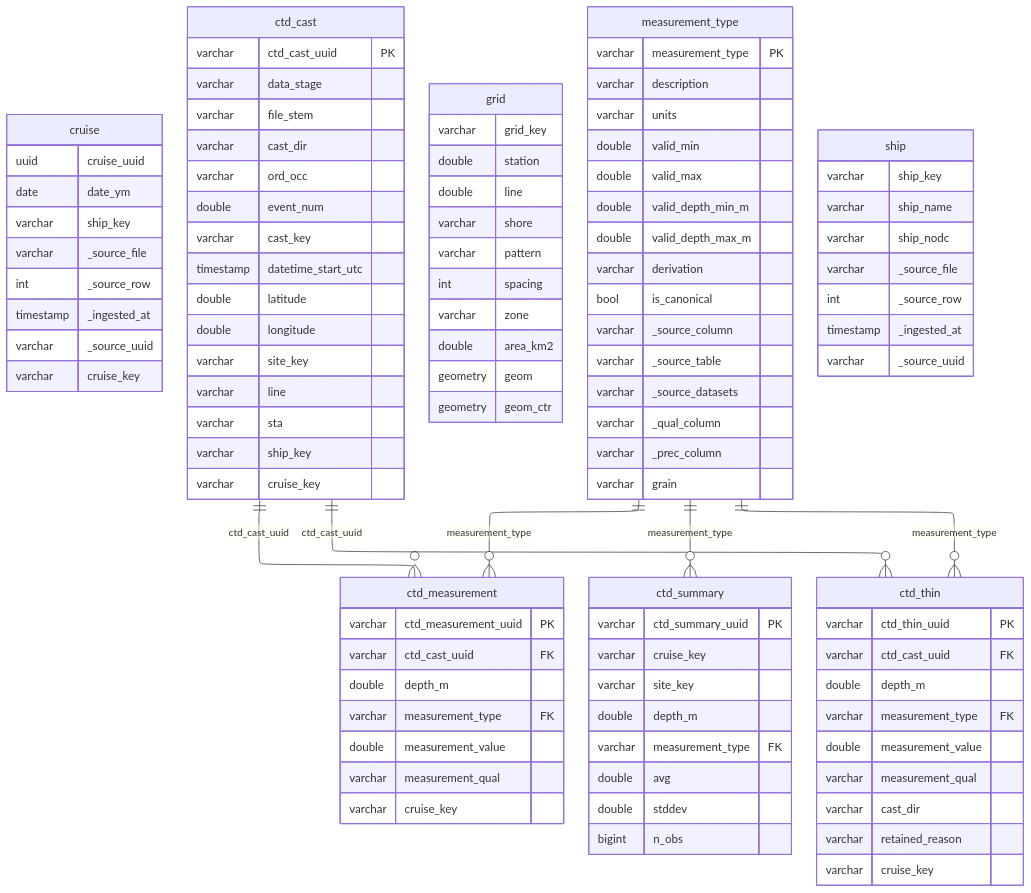
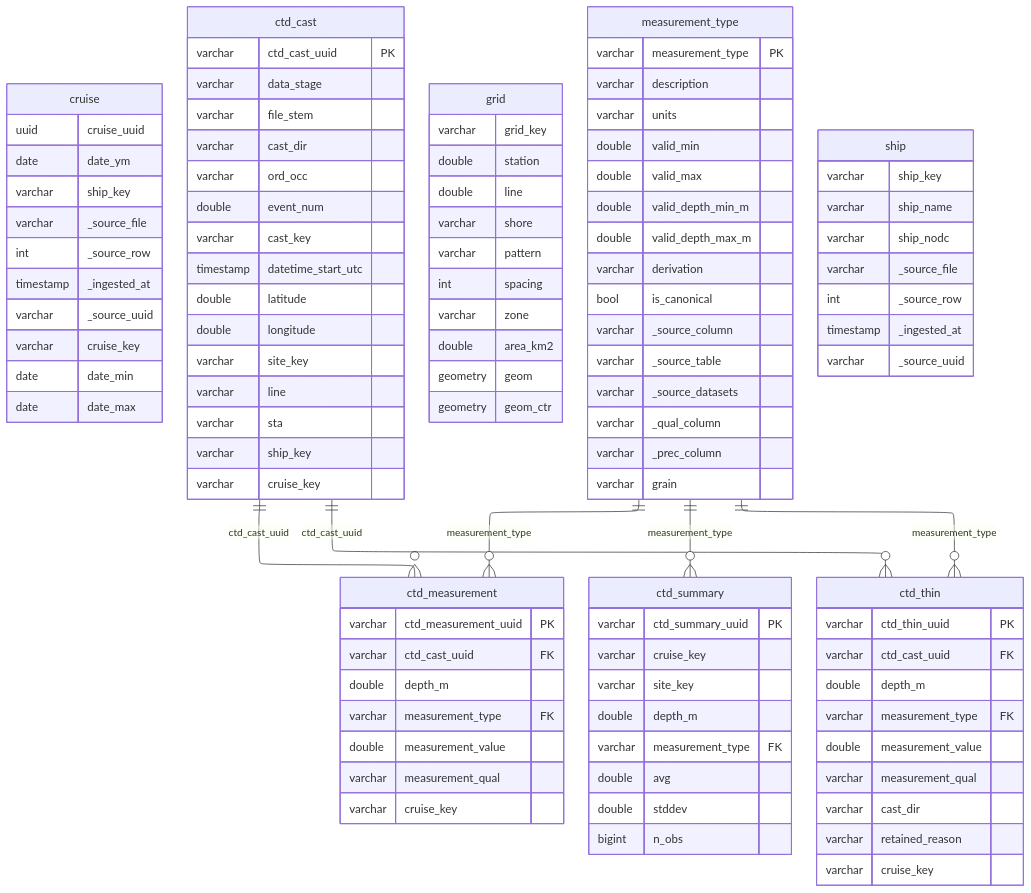
The diagram in _output/ingest_calcofi_ctd-cast_files/figure-html/schema-1.mmd (CalCOFI/workflows), drawn with Mermaid before and after one commit. The commit also changed 68 other files, not shown here.

```diff
--- a/_output/ingest_calcofi_ctd-cast_files/figure-html/schema-1.mmd
+++ b/_output/ingest_calcofi_ctd-cast_files/figure-html/schema-1.mmd
@@ -1,105 +1,107 @@
 ---
 config:
   layout: elk
 ---
 erDiagram
     cruise {
         uuid cruise_uuid
         date date_ym
         varchar ship_key
         varchar _source_file
         int _source_row
         timestamp _ingested_at
         varchar _source_uuid
         varchar cruise_key
+        date date_min
+        date date_max
     }
     ctd_cast {
         varchar ctd_cast_uuid PK
         varchar data_stage
         varchar file_stem
         varchar cast_dir
         varchar ord_occ
         double event_num
         varchar cast_key
         timestamp datetime_start_utc
         double latitude
         double longitude
         varchar site_key
         varchar line
         varchar sta
         varchar ship_key
         varchar cruise_key
     }
     ctd_measurement {
         varchar ctd_measurement_uuid PK
         varchar ctd_cast_uuid FK
         double depth_m
         varchar measurement_type FK
         double measurement_value
         varchar measurement_qual
         varchar cruise_key
     }
     ctd_summary {
         varchar ctd_summary_uuid PK
         varchar cruise_key
         varchar site_key
         double depth_m
         varchar measurement_type FK
         double avg
         double stddev
         bigint n_obs
     }
     ctd_thin {
         varchar ctd_thin_uuid PK
         varchar ctd_cast_uuid FK
         double depth_m
         varchar measurement_type FK
         double measurement_value
         varchar measurement_qual
         varchar cast_dir
         varchar retained_reason
         varchar cruise_key
     }
     grid {
         varchar grid_key
         double station
         double line
         varchar shore
         varchar pattern
         int spacing
         varchar zone
         double area_km2
         geometry geom
         geometry geom_ctr
     }
     measurement_type {
         varchar measurement_type PK
         varchar description
         varchar units
         double valid_min
         double valid_max
         double valid_depth_min_m
         double valid_depth_max_m
         varchar derivation
         bool is_canonical
         varchar _source_column
         varchar _source_table
         varchar _source_datasets
         varchar _qual_column
         varchar _prec_column
         varchar grain
     }
     ship {
         varchar ship_key
         varchar ship_name
         varchar ship_nodc
         varchar _source_file
         int _source_row
         timestamp _ingested_at
         varchar _source_uuid
     }
     ctd_cast ||--o{ ctd_measurement : "ctd_cast_uuid"
     ctd_cast ||--o{ ctd_thin : "ctd_cast_uuid"
     measurement_type ||--o{ ctd_measurement : "measurement_type"
     measurement_type ||--o{ ctd_thin : "measurement_type"
     measurement_type ||--o{ ctd_summary : "measurement_type"
```
